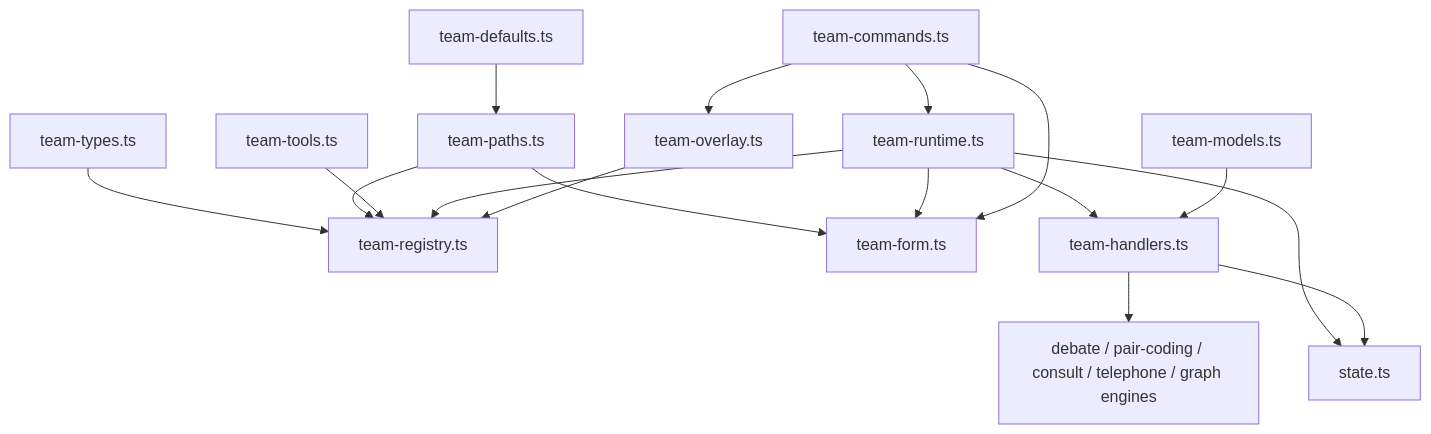
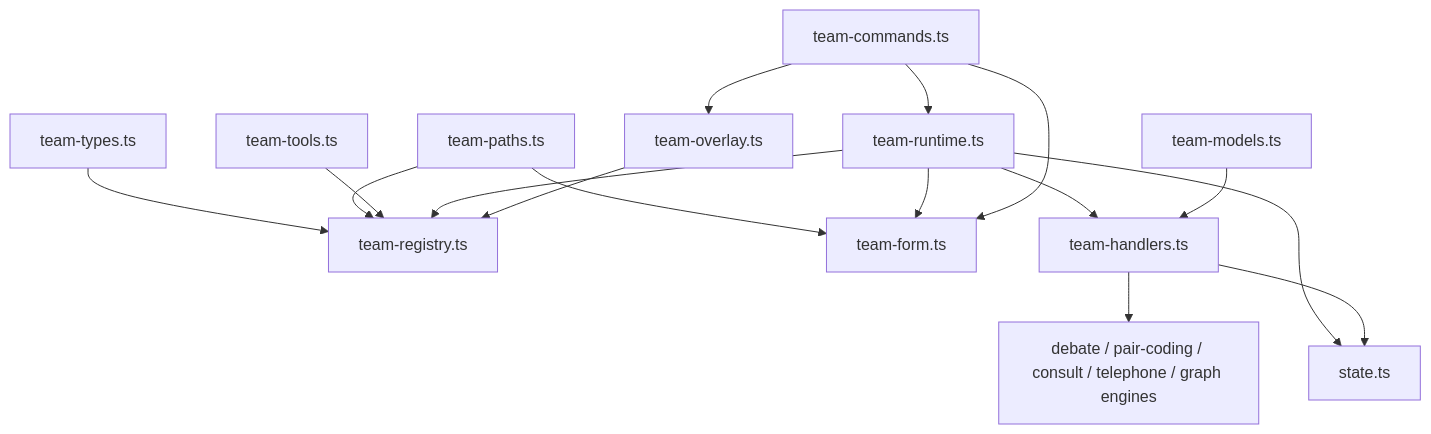
The second of 2 diagrams in docs/teams-migration-plan.md (tS7hKamAYL84j91/pi-tools-and-skills), drawn with Mermaid before and after one commit. The commit also changed other lines of this file and 6 other files, not shown here.

Commit message:
Stop seeding user team defaults

````diff
--- a/docs/teams-migration-plan.md
+++ b/docs/teams-migration-plan.md
@@ -36,19 +36,18 @@
 ```mermaid
 flowchart TD
   Types[team-types.ts] --> Registry[team-registry.ts]
   Paths[team-paths.ts] --> Registry
   Paths --> Form[team-form.ts]
-  Defaults[team-defaults.ts] --> Paths
   Tools[team-tools.ts] --> Registry
   Runtime[team-runtime.ts] --> Handlers[team-handlers.ts]
   Runtime --> State[state.ts]
   Runtime --> Form
   Runtime --> Registry
   Commands[team-commands.ts] --> Runtime
   Commands --> Form
   Commands --> Overlay
   Models[team-models.ts] --> Handlers
   Overlay[team-overlay.ts] --> Registry
   Handlers --> Engines[debate / pair-coding / consult / telephone / graph engines]
   Handlers --> State
 ```
````
